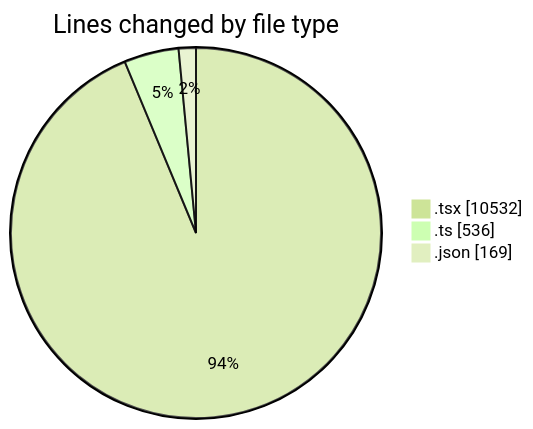
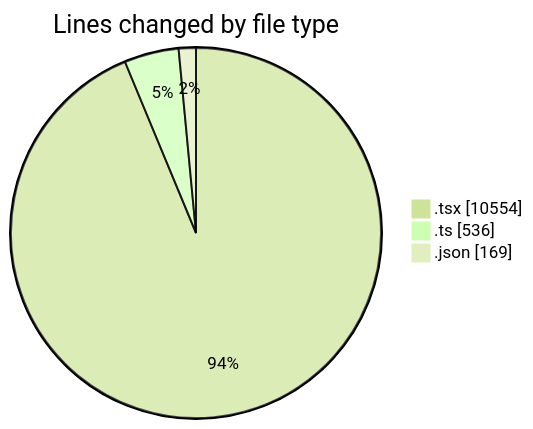
One commit to robertbonfada/code-tracking changed the first of 2 diagrams in 2025-02-18/mbc-web/README.md. Above: the diagram before and after it, drawn with Mermaid (forest theme). The commit also changed other lines of this file and 1 other file, not shown here.

````diff
--- a/2025-02-18/mbc-web/README.md
+++ b/2025-02-18/mbc-web/README.md
@@ -136,7 +136,7 @@
 ```mermaid
 pie showData
 title Lines changed by file type
-".tsx" : 10532
+".tsx" : 10554
 ".ts" : 536
 ".json" : 169
 ```
````
